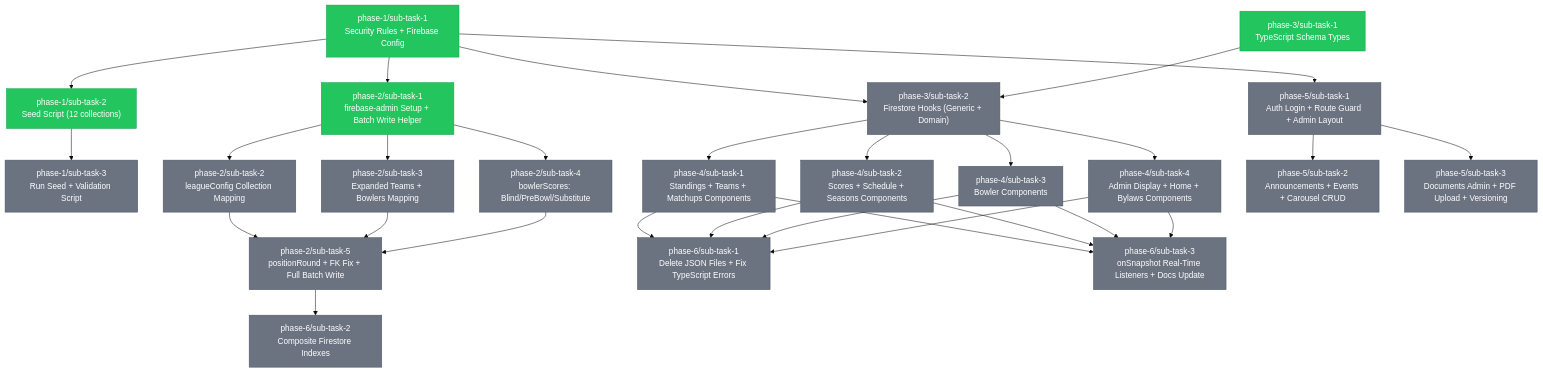
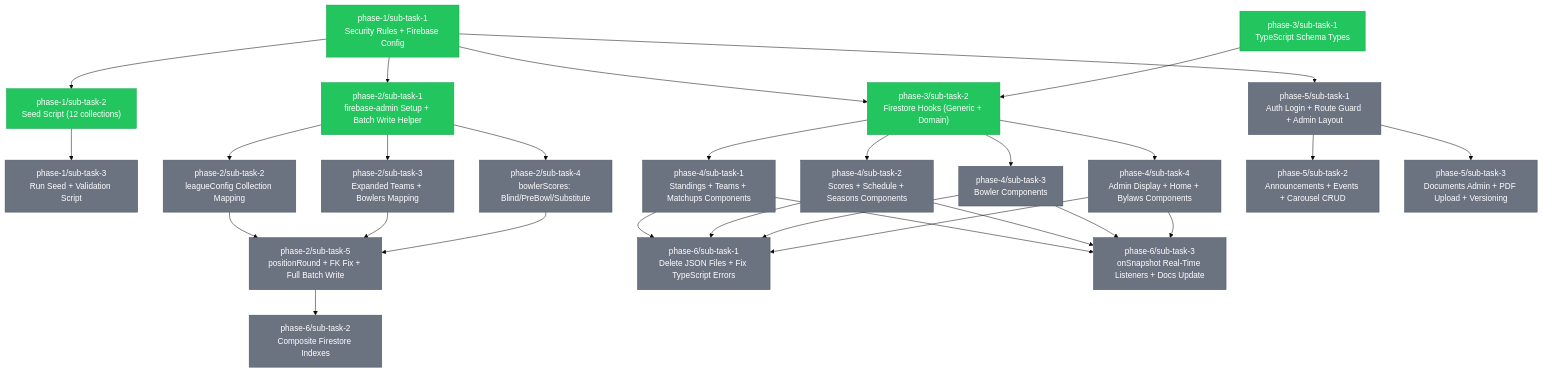
Before and after one commit to Bagwell-Oil-Imaging/late-night-happy-hour-league-site: the diagram in .claude/tasks/TASKS.md, drawn with Mermaid (base theme). The commit also changed other lines of this file and 1 other file, not shown here.

```diff
--- a/.claude/tasks/TASKS.md
+++ b/.claude/tasks/TASKS.md
@@ -93,7 +93,7 @@
     class P2S4 pending
     class P2S5 pending
     class P3S1 completed
-    class P3S2 pending
+    class P3S2 completed
     class P4S1 pending
     class P4S2 pending
     class P4S3 pending
```
